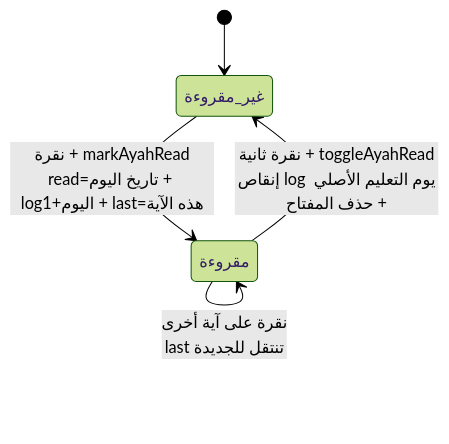
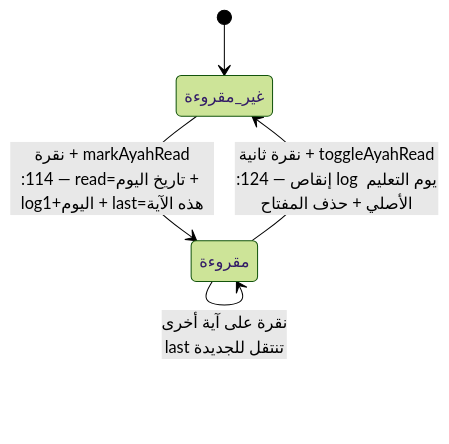
Before and after one commit to jabar-reda/quran-app: the third of 6 diagrams in docs/CODE-MAP.md, drawn with Mermaid (forest theme). The commit also changed other lines of this file and 13 other files, not shown here.

````diff
--- a/docs/CODE-MAP.md
+++ b/docs/CODE-MAP.md
@@ -63,7 +71,7 @@
 ```mermaid
 stateDiagram-v2
     [*] --> غير_مقروءة
-    غير_مقروءة --> مقروءة: نقرة + markAyahRead<br/>read=تاريخ اليوم + logاليوم+1 + last=هذه الآية
-    مقروءة --> غير_مقروءة: نقرة ثانية + toggleAyahRead<br/>إنقاص log يوم التعليم الأصلي + حذف المفتاح
+    غير_مقروءة --> مقروءة: نقرة + markAyahRead<br/>:114 — read=تاريخ اليوم + logاليوم+1 + last=هذه الآية
+    مقروءة --> غير_مقروءة: نقرة ثانية + toggleAyahRead<br/>:124 — إنقاص log يوم التعليم الأصلي + حذف المفتاح
     مقروءة --> مقروءة: نقرة على آية أخرى<br/>last تنتقل للجديدة
 ```
````
